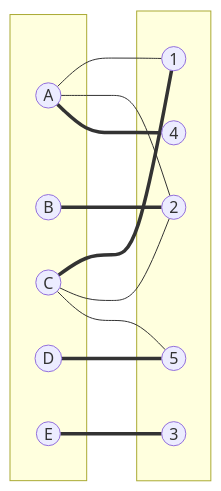
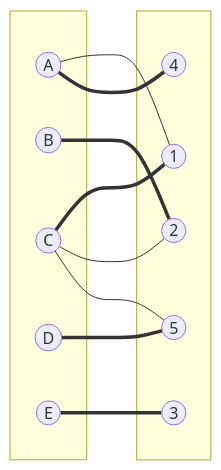
Before and after one commit to hse-algo-psapr-25/manual-tasks: the seventh of 7 diagrams in Задание 14/mergesort.md, drawn with Mermaid.

Commit message:
fix mistake for final graf

````diff
--- a/Задание 14/mergesort.md
+++ b/Задание 14/mergesort.md
@@ -217,26 +217,25 @@
 ```mermaid
 graph LR
     subgraph "" 
         A((A))
         B((B))
         C((C))
         D((D))
         E((E))
     end
     subgraph "" 
         1((1))
         2((2))
         3((3))
         4((4))
         5((5))
     end
     A --- 1
-    A --- 2
     A === 4
     B === 2
     C === 1
     C --- 2
     C --- 5
     D === 5
     E === 3
 ```
````
